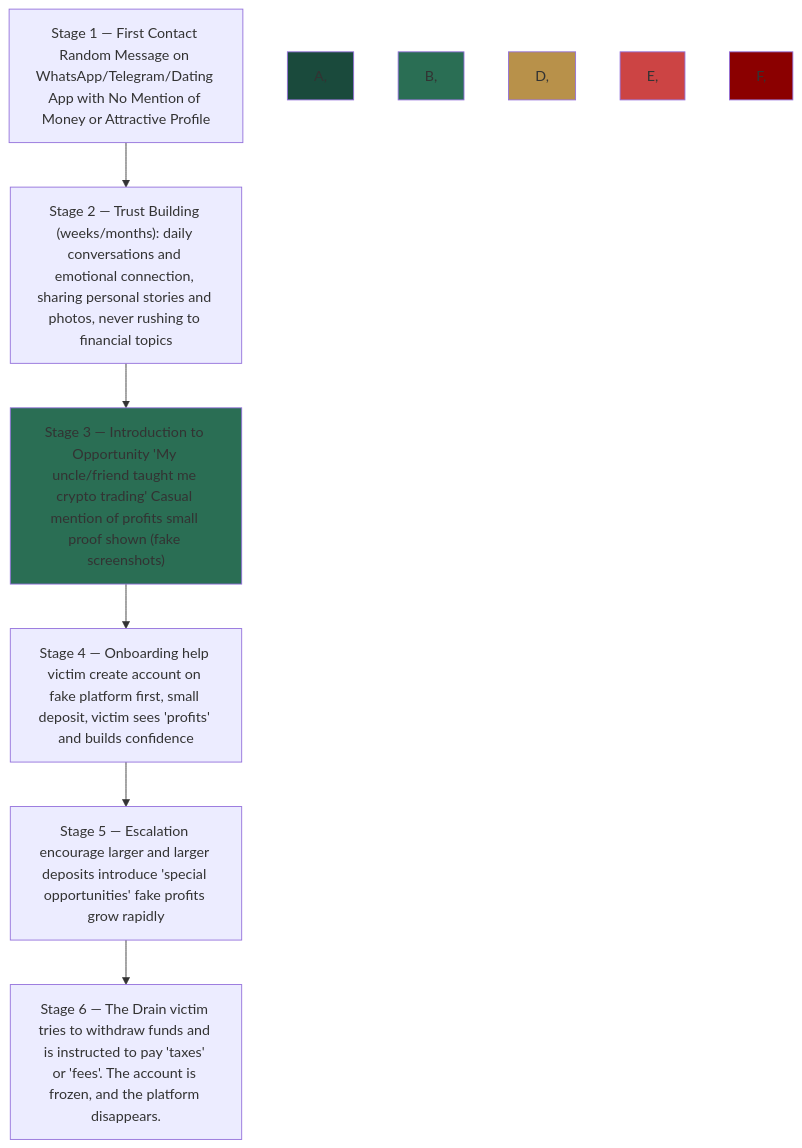
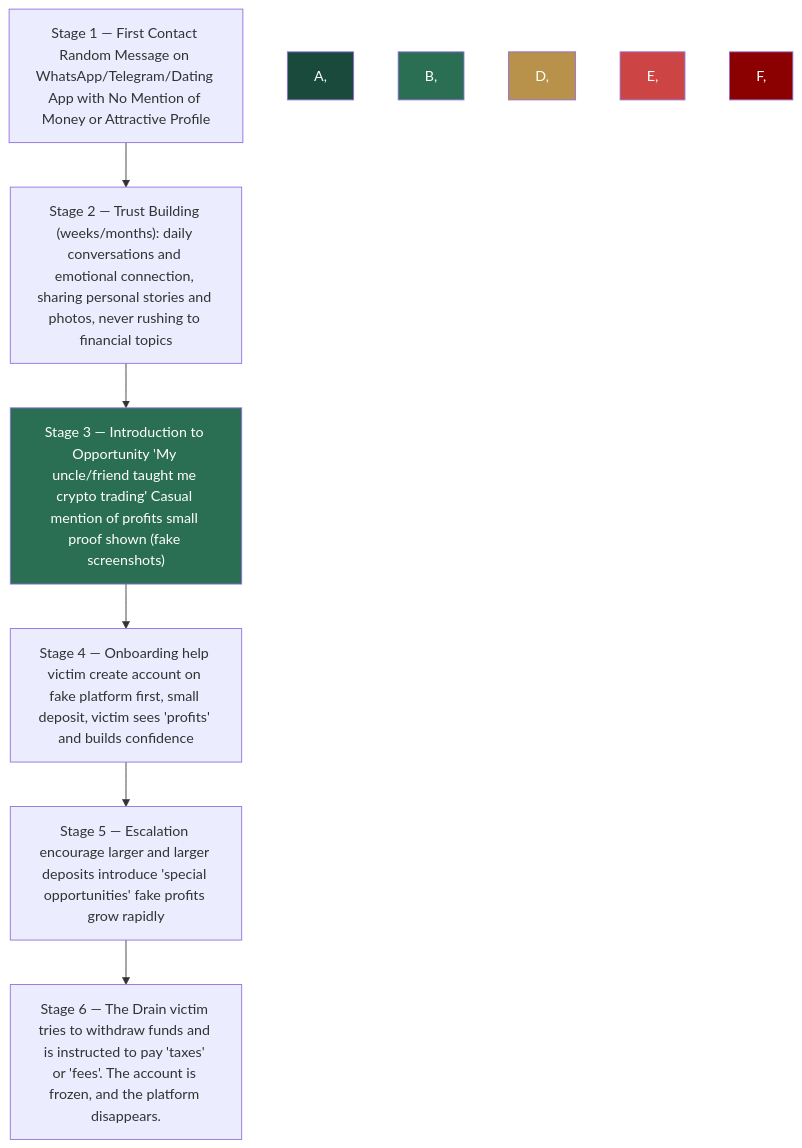
Before and after one commit to KotsykAndrey/aml-blockchain-portfolio: the first of 5 diagrams in case-2-pig-butchering/README.md, drawn with Mermaid.

````diff
--- a/case-2-pig-butchering/README.md
+++ b/case-2-pig-butchering/README.md
@@ -44,21 +44,21 @@
 ```mermaid
 flowchart TD
 A["Stage 1 — First Contact Random Message on WhatsApp/Telegram/Dating App with No Mention of Money or Attractive Profile"] --> B
 
 B["Stage 2 — Trust Building (weeks/months): daily conversations and emotional connection, sharing personal stories and photos, never rushing to financial topics"] --> C
 
 C["Stage 3 — Introduction to Opportunity 'My uncle/friend taught me crypto trading' Casual mention of profits small proof shown (fake screenshots)"] --> D
 
 D["Stage 4 — Onboarding help victim create account on fake platform first, small deposit, victim sees 'profits' and builds confidence"] --> E
 
 E["Stage 5 — Escalation encourage larger and larger deposits introduce 'special opportunities' fake profits grow rapidly"] --> F
 
 F["Stage 6 — The Drain victim tries to withdraw funds and is instructed to pay 'taxes' or 'fees'. The account is frozen, and the platform disappears."]
 
-style A, fill: #1A4A3C, colour: #fff
-style B, fill: #2A6E54, colour: #fff
-style C fill: #2A6E54, colour: #fff
-style D, fill: #B8914A, colour: #fff
-style E, fill: #cc4444, colour: #fff
-style F, fill: #8b0000, colour: #fff
+style A, fill: #1A4A3C, color: #fff
+style B, fill: #2A6E54, color: #fff
+style C fill: #2A6E54, color: #fff
+style D, fill: #B8914A, color: #fff
+style E, fill: #cc4444, color: #fff
+style F, fill: #8b0000, color: #fff
 ```
````
